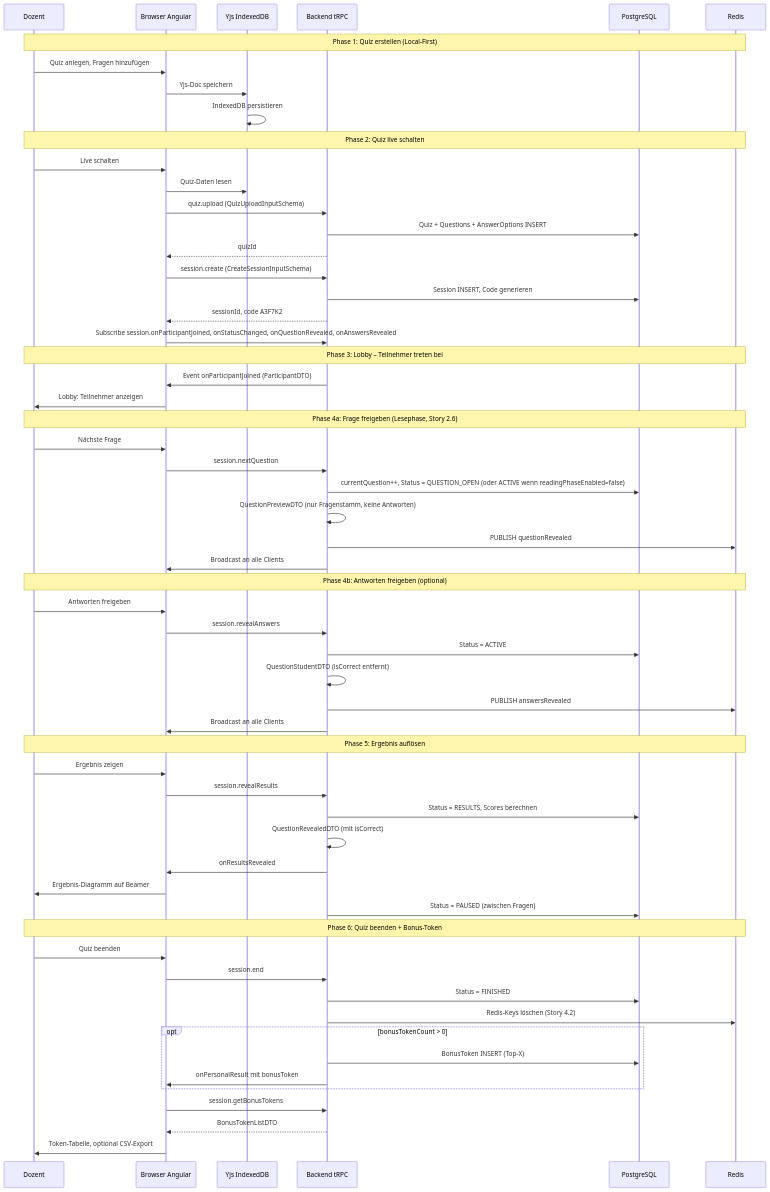
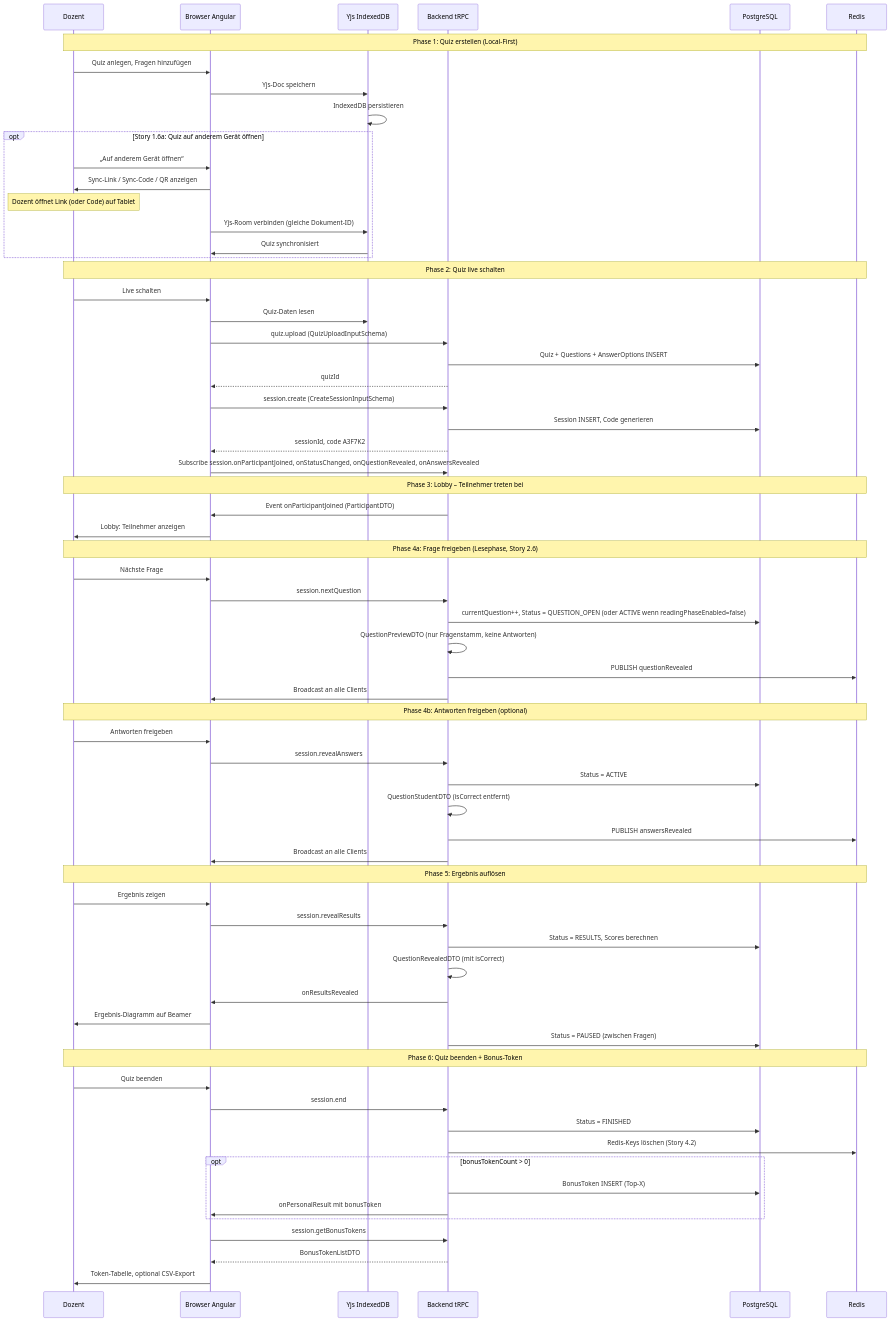
The fourth of 6 diagrams in docs/diagrams/diagrams.md (arsnova-dev/arsnova-click-v3), drawn with Mermaid before and after one commit. The commit also changed other lines of this file and 4 other files, not shown here.

Commit message:
docs: update backlog and architecture documentation to include Sync-Link feature for cross-device quiz access

````diff
--- a/docs/diagrams/diagrams.md
+++ b/docs/diagrams/diagrams.md
@@ -313,67 +313,75 @@
 ```mermaid
 sequenceDiagram
     participant D as Dozent
     participant FE as Browser Angular
     participant YJS as Yjs IndexedDB
     participant BE as Backend tRPC
     participant PG as PostgreSQL
     participant R as Redis
 
     Note over D,R: Phase 1: Quiz erstellen (Local-First)
     D->>FE: Quiz anlegen, Fragen hinzufügen
     FE->>YJS: Yjs-Doc speichern
     YJS->>YJS: IndexedDB persistieren
+
+    opt Story 1.6a: Quiz auf anderem Gerät öffnen
+        D->>FE: „Auf anderem Gerät öffnen“
+        FE->>D: Sync-Link / Sync-Code / QR anzeigen
+        Note over D: Dozent öffnet Link (oder Code) auf Tablet
+        FE->>YJS: Yjs-Room verbinden (gleiche Dokument-ID)
+        YJS->>FE: Quiz synchronisiert
+    end
 
     Note over D,R: Phase 2: Quiz live schalten
     D->>FE: Live schalten
     FE->>YJS: Quiz-Daten lesen
     FE->>BE: quiz.upload (QuizUploadInputSchema)
     BE->>PG: Quiz + Questions + AnswerOptions INSERT
     BE-->>FE: quizId
     FE->>BE: session.create (CreateSessionInputSchema)
     BE->>PG: Session INSERT, Code generieren
     BE-->>FE: sessionId, code A3F7K2
     FE->>BE: Subscribe session.onParticipantJoined, onStatusChanged, onQuestionRevealed, onAnswersRevealed
 
     Note over D,R: Phase 3: Lobby – Teilnehmer treten bei
     BE->>FE: Event onParticipantJoined (ParticipantDTO)
     FE->>D: Lobby: Teilnehmer anzeigen
 
     Note over D,R: Phase 4a: Frage freigeben (Lesephase, Story 2.6)
     D->>FE: Nächste Frage
     FE->>BE: session.nextQuestion
     BE->>PG: currentQuestion++, Status = QUESTION_OPEN (oder ACTIVE wenn readingPhaseEnabled=false)
     BE->>BE: QuestionPreviewDTO (nur Fragenstamm, keine Antworten)
     BE->>R: PUBLISH questionRevealed
     BE->>FE: Broadcast an alle Clients
 
     Note over D,R: Phase 4b: Antworten freigeben (optional)
     D->>FE: Antworten freigeben
     FE->>BE: session.revealAnswers
     BE->>PG: Status = ACTIVE
     BE->>BE: QuestionStudentDTO (isCorrect entfernt)
     BE->>R: PUBLISH answersRevealed
     BE->>FE: Broadcast an alle Clients
 
     Note over D,R: Phase 5: Ergebnis auflösen
     D->>FE: Ergebnis zeigen
     FE->>BE: session.revealResults
     BE->>PG: Status = RESULTS, Scores berechnen
     BE->>BE: QuestionRevealedDTO (mit isCorrect)
     BE->>FE: onResultsRevealed
     FE->>D: Ergebnis-Diagramm auf Beamer
     BE->>PG: Status = PAUSED (zwischen Fragen)
 
     Note over D,R: Phase 6: Quiz beenden + Bonus-Token
     D->>FE: Quiz beenden
     FE->>BE: session.end
     BE->>PG: Status = FINISHED
     BE->>R: Redis-Keys löschen (Story 4.2)
     opt bonusTokenCount > 0
         BE->>PG: BonusToken INSERT (Top-X)
         BE->>FE: onPersonalResult mit bonusToken
     end
     FE->>BE: session.getBonusTokens
     BE-->>FE: BonusTokenListDTO
     FE->>D: Token-Tabelle, optional CSV-Export
 ```
````
